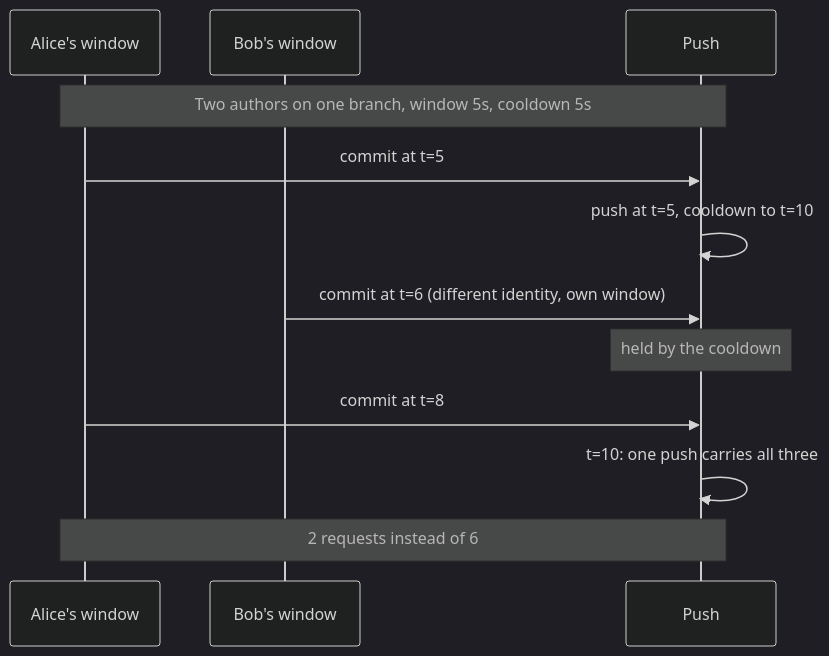
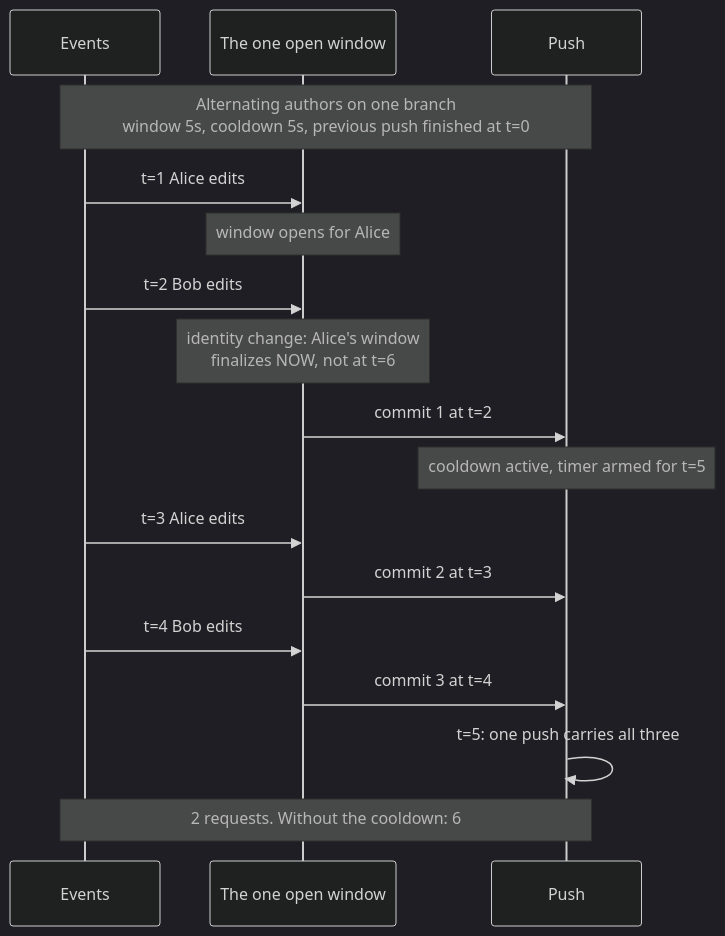
The second of 4 diagrams in docs/design/push-cooldown.md (ConfigButler/gitops-reverser), drawn with Mermaid (dark theme) before and after one commit. The commit also changed other lines of this file and 1 other file, not shown here.

````diff
--- a/docs/design/push-cooldown.md
+++ b/docs/design/push-cooldown.md
@@ -79,15 +82,21 @@
 ```mermaid
 sequenceDiagram
-    participant A as Alice's window
-    participant B as Bob's window
+    participant E as Events
+    participant W as The one open window
     participant P as Push
 
-    Note over A,P: Two authors on one branch, window 5s, cooldown 5s
-    A->>P: commit at t=5
-    P->>P: push at t=5, cooldown to t=10
-    B->>P: commit at t=6 (different identity, own window)
-    Note over P: held by the cooldown
-    A->>P: commit at t=8
-    P->>P: t=10: one push carries all three
-    Note over A,P: 2 requests instead of 6
+    Note over E,P: Alternating authors on one branch<br/>window 5s, cooldown 5s, previous push finished at t=0
+
+    E->>W: t=1 Alice edits
+    Note over W: window opens for Alice
+    E->>W: t=2 Bob edits
+    Note over W: identity change: Alice's window<br/>finalizes NOW, not at t=6
+    W->>P: commit 1 at t=2
+    Note over P: cooldown active, timer armed for t=5
+    E->>W: t=3 Alice edits
+    W->>P: commit 2 at t=3
+    E->>W: t=4 Bob edits
+    W->>P: commit 3 at t=4
+    P->>P: t=5: one push carries all three
+    Note over E,P: 2 requests. Without the cooldown: 6
 ```
````
